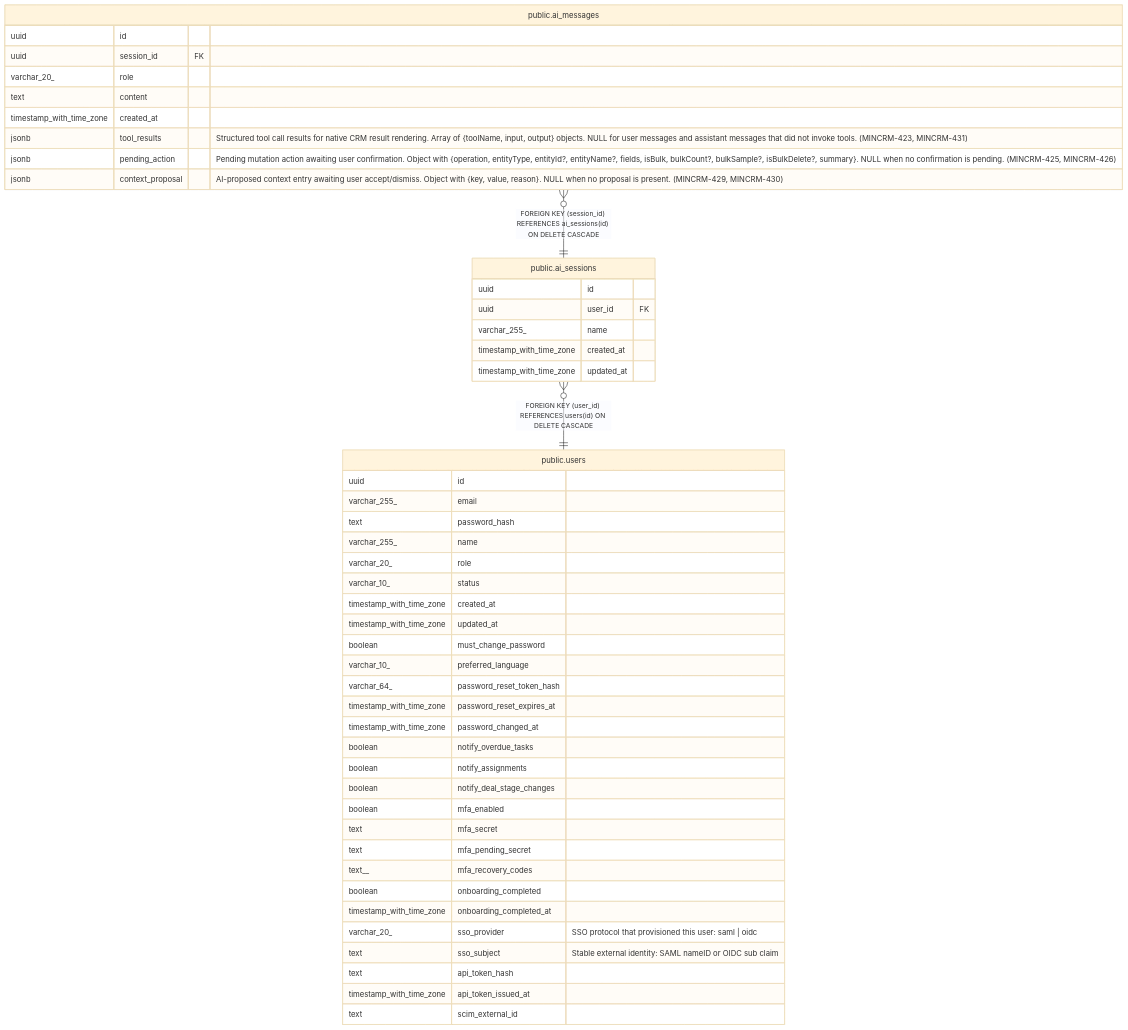
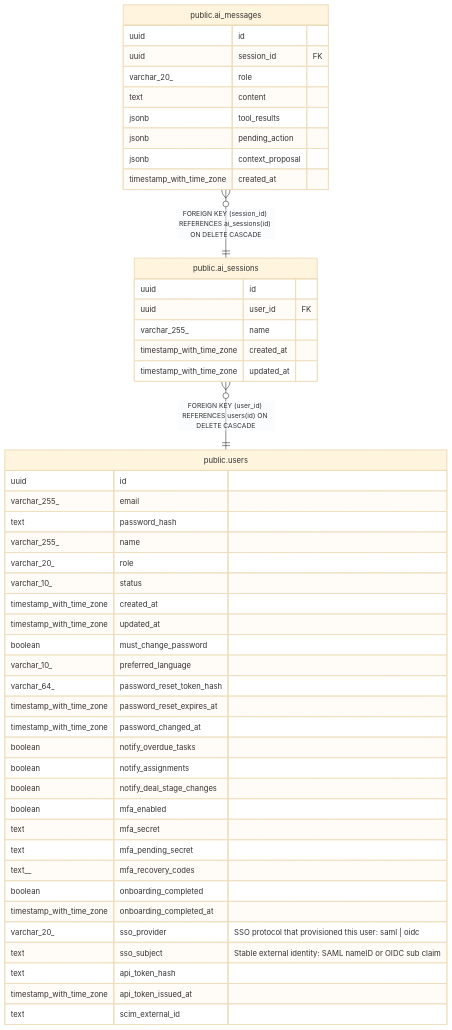
The diagram in docs/schema/public.ai_sessions.md (rkseattle/minicrm), drawn with Mermaid (base theme) before and after one commit. The commit also changed other lines of this file and 21 other files, not shown here.

First line of the commit message:
feat(db): add schema for relationship health scoring and follow-up timing

````diff
--- a/docs/schema/public.ai_sessions.md
+++ b/docs/schema/public.ai_sessions.md
@@ -30,53 +30,53 @@
 ```mermaid
 erDiagram
 
 "public.ai_messages" }o--|| "public.ai_sessions" : "FOREIGN KEY (session_id) REFERENCES ai_sessions(id) ON DELETE CASCADE"
 "public.ai_sessions" }o--|| "public.users" : "FOREIGN KEY (user_id) REFERENCES users(id) ON DELETE CASCADE"
 
 "public.ai_sessions" {
   uuid id ""
   uuid user_id FK ""
   varchar_255_ name ""
   timestamp_with_time_zone created_at ""
   timestamp_with_time_zone updated_at ""
 }
 "public.ai_messages" {
   uuid id ""
   uuid session_id FK ""
   varchar_20_ role ""
   text content ""
+  jsonb tool_results ""
+  jsonb pending_action ""
+  jsonb context_proposal ""
   timestamp_with_time_zone created_at ""
-  jsonb tool_results "Structured tool call results for native CRM result rendering. Array of {toolName, input, output} objects. NULL for user messages and assistant messages that did not invoke tools. (MINCRM-423, MINCRM-431)"
-  jsonb pending_action "Pending mutation action awaiting user confirmation. Object with {operation, entityType, entityId?, entityName?, fields, isBulk, bulkCount?, bulkSample?, isBulkDelete?, summary}. NULL when no confirmation is pending. (MINCRM-425, MINCRM-426)"
-  jsonb context_proposal "AI-proposed context entry awaiting user accept/dismiss. Object with {key, value, reason}. NULL when no proposal is present. (MINCRM-429, MINCRM-430)"
 }
 "public.users" {
   uuid id ""
   varchar_255_ email ""
   text password_hash ""
   varchar_255_ name ""
   varchar_20_ role ""
   varchar_10_ status ""
   timestamp_with_time_zone created_at ""
   timestamp_with_time_zone updated_at ""
   boolean must_change_password ""
   varchar_10_ preferred_language ""
   varchar_64_ password_reset_token_hash ""
   timestamp_with_time_zone password_reset_expires_at ""
   timestamp_with_time_zone password_changed_at ""
   boolean notify_overdue_tasks ""
   boolean notify_assignments ""
   boolean notify_deal_stage_changes ""
   boolean mfa_enabled ""
   text mfa_secret ""
   text mfa_pending_secret ""
   text__ mfa_recovery_codes ""
   boolean onboarding_completed ""
   timestamp_with_time_zone onboarding_completed_at ""
   varchar_20_ sso_provider "SSO protocol that provisioned this user: saml | oidc"
   text sso_subject "Stable external identity: SAML nameID or OIDC sub claim"
   text api_token_hash ""
   timestamp_with_time_zone api_token_issued_at ""
   text scim_external_id ""
 }
 ```
````
